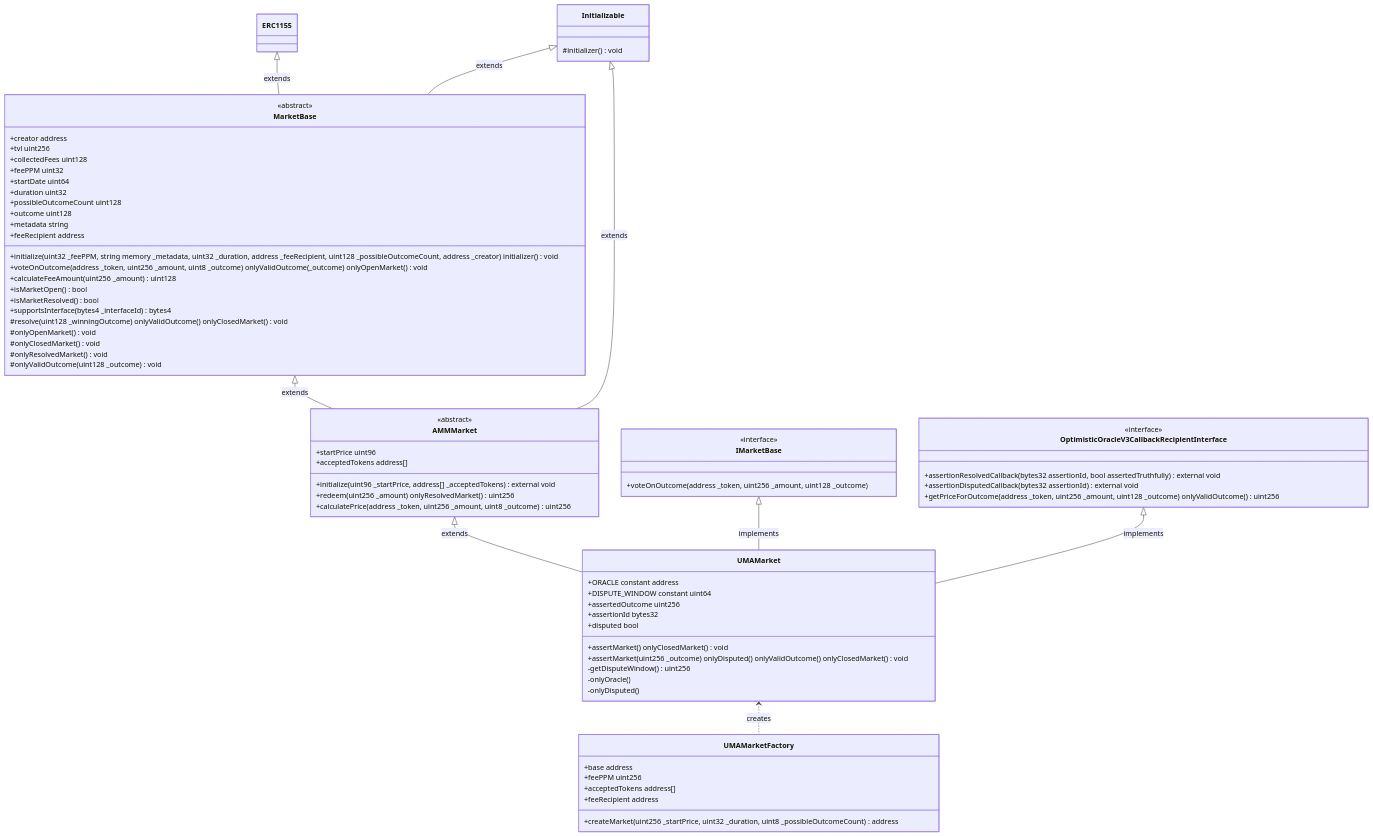
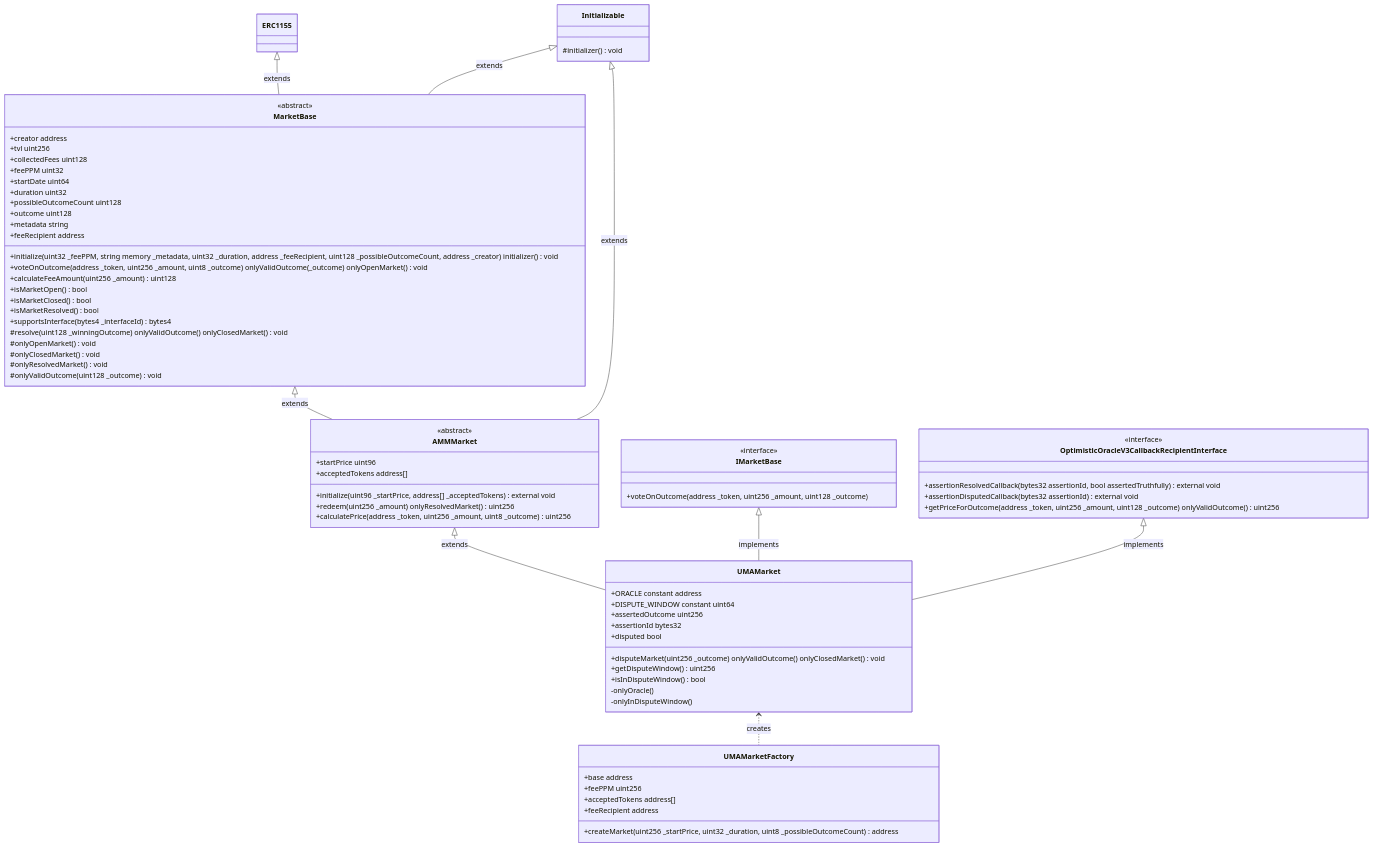
The diagram in README.md (Savant-Market/core), drawn with Mermaid before and after one commit. The commit also changed 4 other files, not shown here.

```diff
--- a/README.md
+++ b/README.md
@@ -34,6 +34,7 @@
         +voteOnOutcome(address _token, uint256 _amount, uint8 _outcome) onlyValidOutcome(_outcome) onlyOpenMarket() void
         +calculateFeeAmount(uint256 _amount) uint128
         +isMarketOpen() bool
+        +isMarketClosed() bool
         +isMarketResolved() bool
         +supportsInterface(bytes4 _interfaceId) bytes4
 
@@ -69,12 +70,12 @@
         +assertionId bytes32
         +disputed bool
 
-        +assertMarket() onlyClosedMarket() void
-        +assertMarket(uint256 _outcome) onlyDisputed() onlyValidOutcome() onlyClosedMarket() void
-        -getDisputeWindow() uint256
+        +disputeMarket(uint256 _outcome) onlyValidOutcome() onlyClosedMarket() void
+        +getDisputeWindow() uint256
+        +isInDisputeWindow() bool
 
         -onlyOracle()
-        -onlyDisputed()
+        -onlyInDisputeWindow()
     }
 
     class UMAMarketFactory {
```
